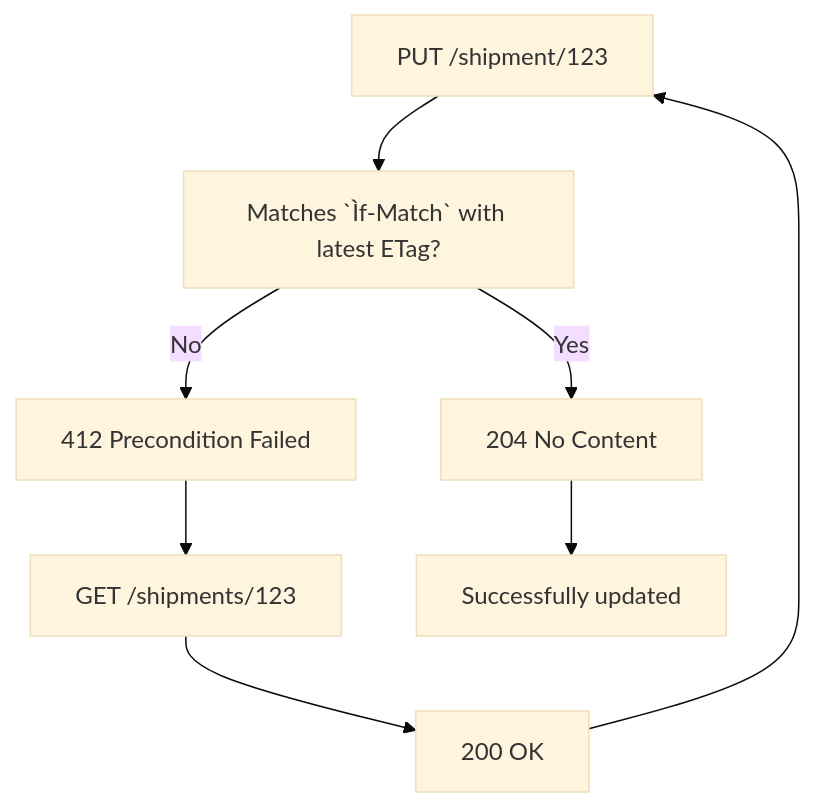
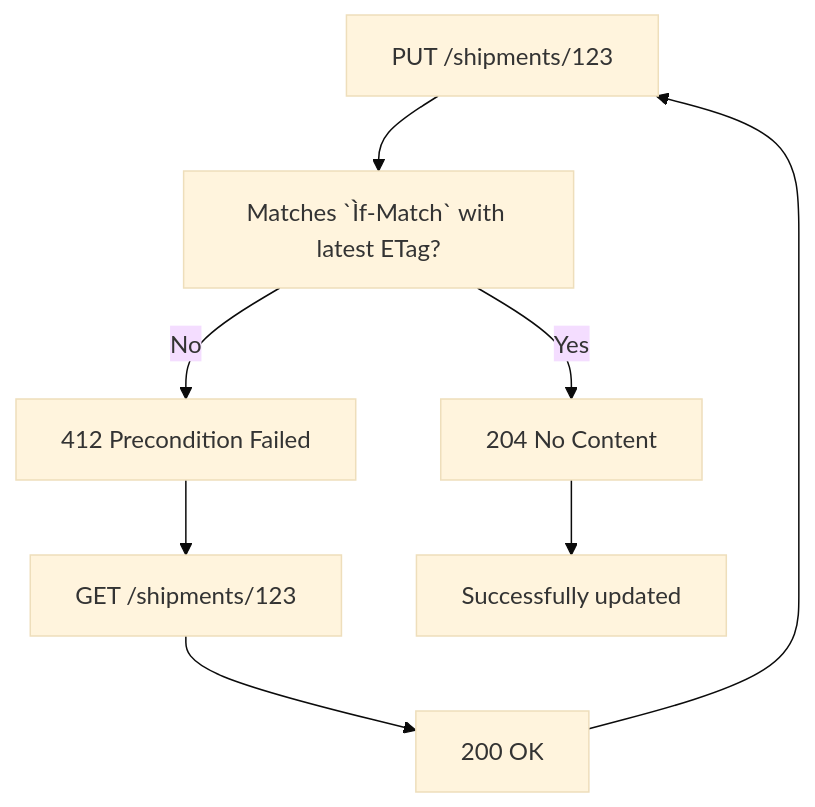
One commit to monstagorilla/otdata changed the diagram in docs/newDocs.md. Above: the diagram before and after it, drawn with Mermaid.

````diff
--- a/docs/newDocs.md
+++ b/docs/newDocs.md
@@ -8,11 +8,11 @@
 ```mermaid
 %%{init: {'theme': 'base', 'themeVariables': { 'fontFamily': 'Source Sans Pro'}}}%%
 flowchart TD
-    A[PUT /shipment/123] --> B[Matches `Ìf-Match` with latest ETag?]
+    A[PUT /shipments/123] --> B[Matches `Ìf-Match` with latest ETag?]
     B -->|Yes| C[204 No Content]
     B -->|No| D[412 Precondition Failed]
     D --> E[GET /shipments/123]
     E --> F[200 OK]
     F --> A
     C --> G[Successfully updated]
 ```
````
